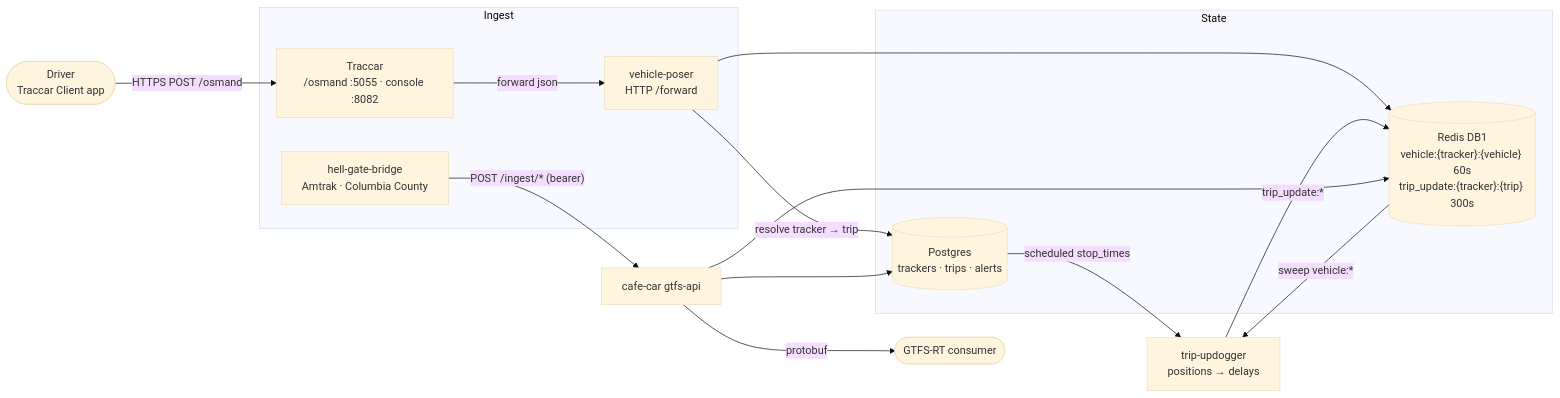
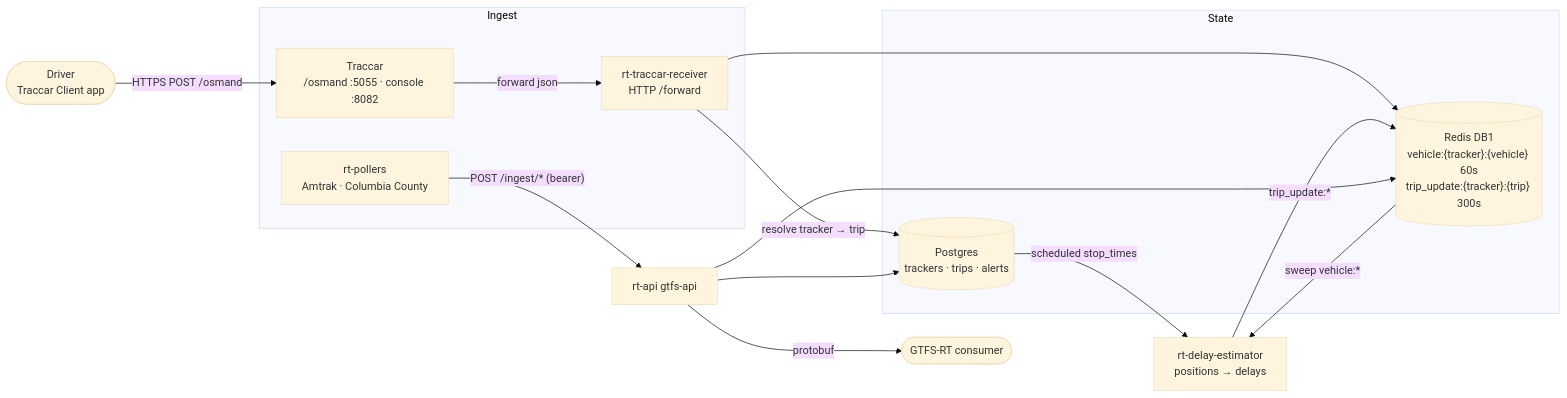
One commit to gtfs-zone/deploy-gtfs-rt changed the seventh of 8 diagrams in README.md. Above: the diagram before and after it, drawn with Mermaid (base theme). The commit also changed other lines of this file and 3 other files, not shown here.

````diff
--- a/README.md
+++ b/README.md
@@ -457,31 +457,31 @@
 ```mermaid
 flowchart LR
     driver(["Driver<br>Traccar Client app"])
 
     subgraph ingest["Ingest"]
         traccar["Traccar<br>/osmand :5055 · console :8082"]
-        vp["vehicle-poser<br>HTTP /forward"]
-        hgb["hell-gate-bridge<br>Amtrak · Columbia County"]
+        vp["rt-traccar-receiver<br>HTTP /forward"]
+        hgb["rt-pollers<br>Amtrak · Columbia County"]
     end
 
     subgraph store["State"]
         redis[("Redis DB1<br>vehicle:{tracker}:{vehicle} 60s<br>trip_update:{tracker}:{trip} 300s")]
         pg[("Postgres<br>trackers · trips · alerts")]
     end
 
-    tu["trip-updogger<br>positions → delays"]
-    api["cafe-car gtfs-api"]
+    tu["rt-delay-estimator<br>positions → delays"]
+    api["rt-api gtfs-api"]
     consumer(["GTFS-RT consumer"])
 
     driver -->|"HTTPS POST /osmand"| traccar
     traccar -->|"forward json"| vp
     vp -->|"resolve tracker → trip"| pg
     vp --> redis
     redis -->|"sweep vehicle:*"| tu
     pg -->|"scheduled stop_times"| tu
     tu -->|"trip_update:*"| redis
     hgb -->|"POST /ingest/* (bearer)"| api
     api --> redis
     api --> pg
     api -->|"protobuf"| consumer
 ```
````
